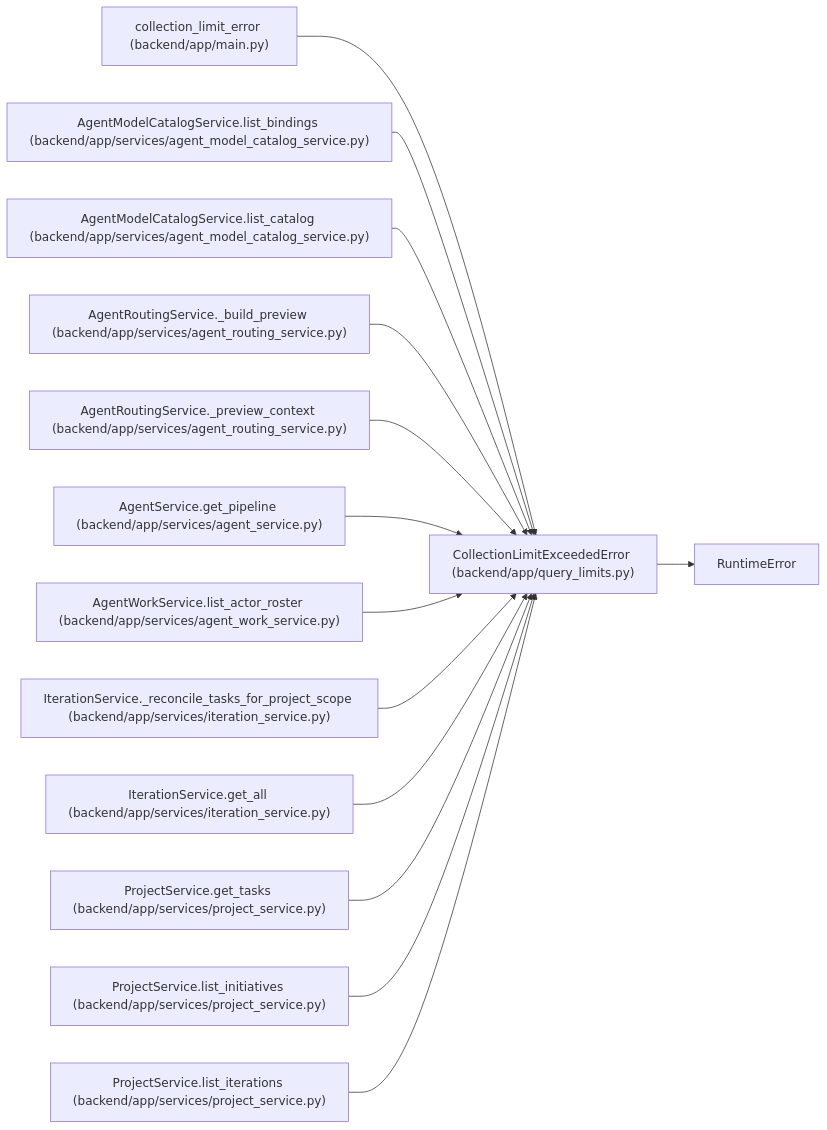
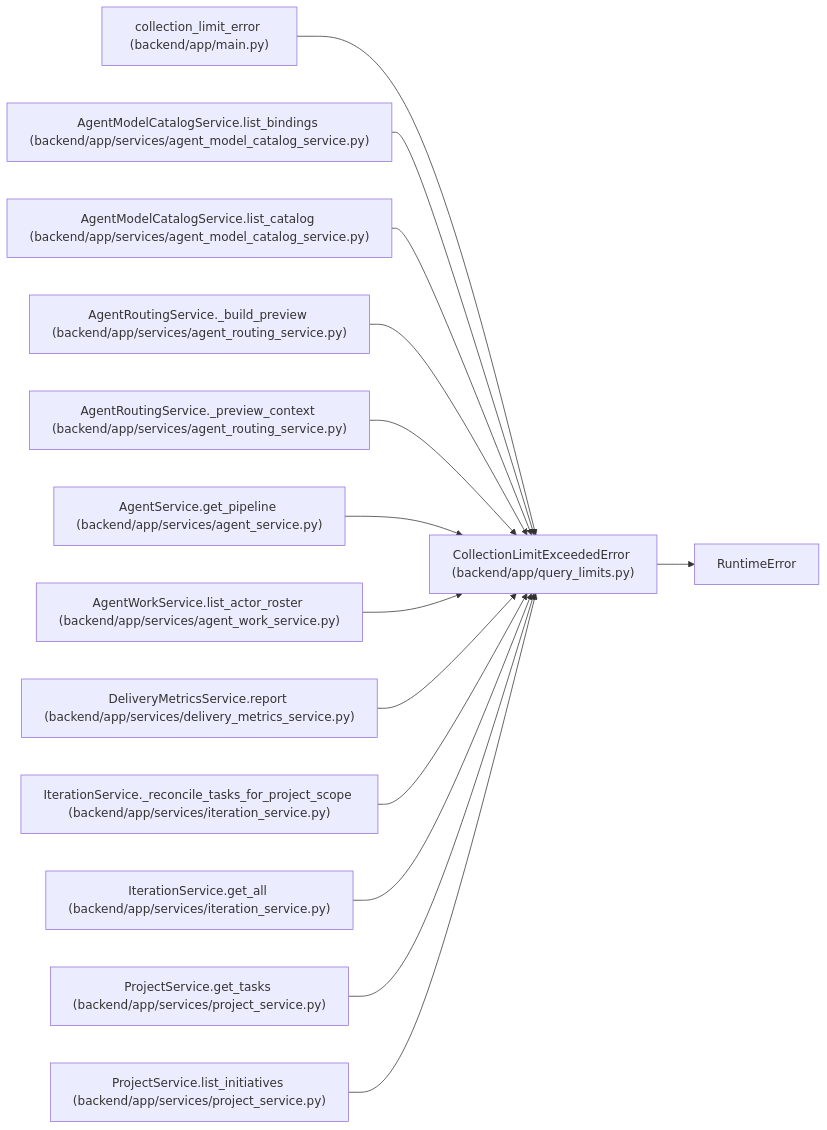
Before and after one commit to Denissvgn/WorkChord: the diagram in docs/llm_wiki/entities/CollectionLimitExceededError.md, drawn with Mermaid. The commit also changed other lines of this file and 628 other files, not shown here.

````diff
--- a/docs/llm_wiki/entities/CollectionLimitExceededError.md
+++ b/docs/llm_wiki/entities/CollectionLimitExceededError.md
@@ -26,43 +26,43 @@
 ```mermaid
 flowchart LR
     n0["CollectionLimitExceededError (backend/app/query_limits.py)"]
     n1["RuntimeError"]
     n2["collection_limit_error (backend/app/main.py)"]
     n3["AgentModelCatalogService.list_bindings (backend/app/services/agent_model_catalog_service.py)"]
     n4["AgentModelCatalogService.list_catalog (backend/app/services/agent_model_catalog_service.py)"]
     n5["AgentRoutingService._build_preview (backend/app/services/agent_routing_service.py)"]
     n6["AgentRoutingService._preview_context (backend/app/services/agent_routing_service.py)"]
     n7["AgentService.get_pipeline (backend/app/services/agent_service.py)"]
     n8["AgentWorkService.list_actor_roster (backend/app/services/agent_work_service.py)"]
-    n9["IterationService._reconcile_tasks_for_project_scope (backend/app/services/iteration_service.py)"]
-    n10["IterationService.get_all (backend/app/services/iteration_service.py)"]
-    n11["ProjectService.get_tasks (backend/app/services/project_service.py)"]
-    n12["ProjectService.list_initiatives (backend/app/services/project_service.py)"]
-    n13["ProjectService.list_iterations (backend/app/services/project_service.py)"]
+    n9["DeliveryMetricsService.report (backend/app/services/delivery_metrics_service.py)"]
+    n10["IterationService._reconcile_tasks_for_project_scope (backend/app/services/iteration_service.py)"]
+    n11["IterationService.get_all (backend/app/services/iteration_service.py)"]
+    n12["ProjectService.get_tasks (backend/app/services/project_service.py)"]
+    n13["ProjectService.list_initiatives (backend/app/services/project_service.py)"]
     n0 --> n1
     n2 --> n0
     n3 --> n0
     n4 --> n0
     n5 --> n0
     n6 --> n0
     n7 --> n0
     n8 --> n0
     n9 --> n0
     n10 --> n0
     n11 --> n0
     n12 --> n0
     n13 --> n0
     click n0 "../modules/query_limits.md"
     click n2 "../modules/app_main.md"
     click n3 "../modules/agent_model_catalog_service.md"
     click n4 "../modules/agent_model_catalog_service.md"
     click n5 "../modules/agent_routing_service.md"
     click n6 "../modules/agent_routing_service.md"
     click n7 "../modules/agent_service.md"
     click n8 "../modules/agent_work_service.md"
-    click n9 "../modules/iteration_service.md"
+    click n9 "../modules/delivery_metrics_service.md"
     click n10 "../modules/iteration_service.md"
-    click n11 "../modules/project_service.md"
+    click n11 "../modules/iteration_service.md"
     click n12 "../modules/project_service.md"
     click n13 "../modules/project_service.md"
 ```
````
